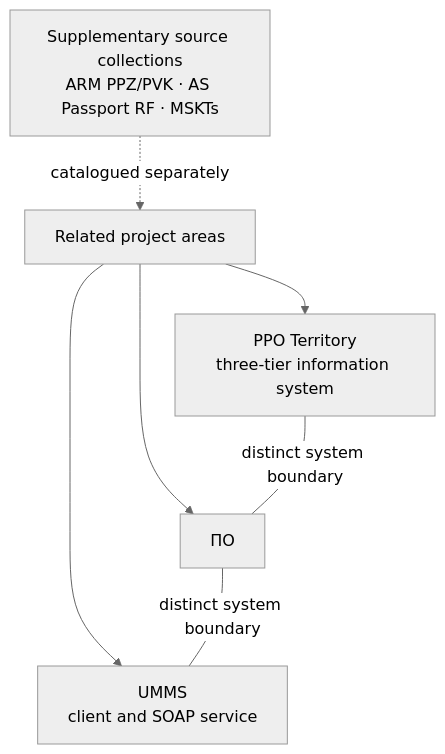
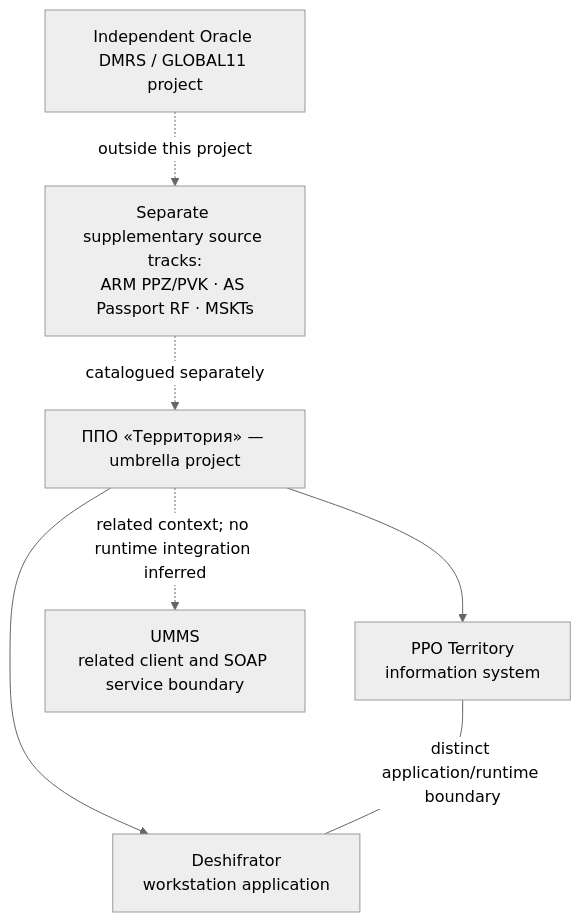
Before and after one commit to ekatmoz88-alt/territory-descriptor-unified: the first of 10 diagrams in materials/architecture/README.md, drawn with Mermaid (neutral theme). The commit also changed other lines of this file, not shown here.

Commit message:
Clarify PPO Territory project hierarchy in canonical diagram

````diff
--- a/materials/architecture/README.md
+++ b/materials/architecture/README.md
@@ -28,14 +28,15 @@
 ```mermaid
 flowchart TB
-  PROJECT["Related project areas"]
-  TERR["PPO Territory<br/>three-tier information system"]
-  DESH["ПО"]
-  UMMS["UMMS<br/>client and SOAP service"]
-  SUP["Supplementary source collections<br/>ARM PPZ/PVK · AS Passport RF · MSKTs"]
+  PROJECT["ППО «Территория» — umbrella project"]
+  TERR["PPO Territory<br/>information system"]
+  DESH["Deshifrator<br/>workstation application"]
+  UMMS["UMMS<br/>related client and SOAP service boundary"]
+  SUP["Separate supplementary source tracks:<br/>ARM PPZ/PVK · AS Passport RF · MSKTs"]
+  ORACLE["Independent Oracle DMRS / GLOBAL11 project"]
   PROJECT --> TERR
   PROJECT --> DESH
-  PROJECT --> UMMS
-  SUP -.->|catalogued separately| PROJECT
-  TERR ---|"distinct system boundary"| DESH
-  DESH ---|"distinct system boundary"| UMMS
+  PROJECT -.->|"related context; no runtime integration inferred"| UMMS
+  SUP -.->|"catalogued separately"| PROJECT
+  ORACLE -.->|"outside this project"| SUP
+  TERR ---|"distinct application/runtime boundary"| DESH
 ```
````
